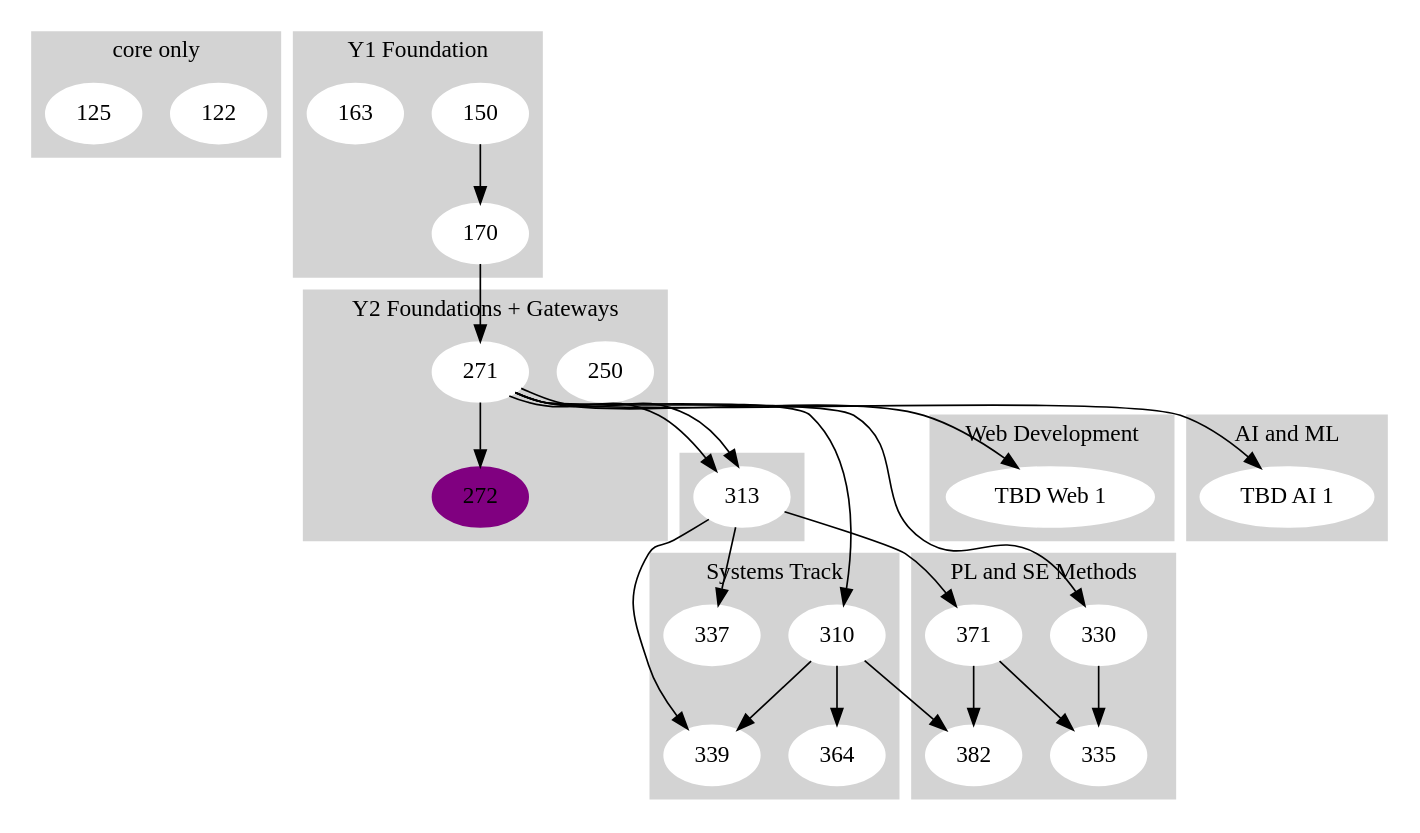
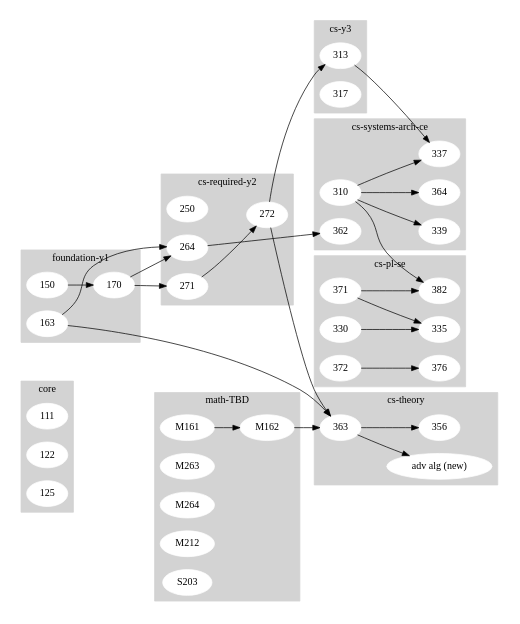
One commit to gkthiruvathukal/curriculum changed the diagram in curriculum.gv. Above: the diagram before and after it, drawn with Graphviz. The commit also changed 1 other file, not shown here.

```diff
--- a/curriculum.gv
+++ b/curriculum.gv
@@ -1,76 +1,107 @@
 digraph G {
 	compound=true
+rankdir=LR
+size="8,5"
 	subgraph cluster_core {
 		node [color=white style=filled]
 		style=filled
 		color=lightgrey
+		111
+		label=core
 		122
+		label=core
 		125
-		label="core only"
+		label=core
 	}
-	subgraph cluster_foundation_y1 {
+	subgraph "cluster_foundation-y1" {
 		node [color=white style=filled]
 		style=filled
 		color=lightgrey
 		150
+		label="foundation-y1"
+		150 -> 170
+		label="foundation-y1"
 		163
-		150 -> 170
-		label="Y1 Foundation"
+		label="foundation-y1"
 	}
-	subgraph cluster_year2 {
+	subgraph "cluster_math-TBD" {
+		node [color=white style=filled]
+		style=filled
+		color=lightgrey
+		M161
+		label="math-TBD"
+		M161 -> M162
+		label="math-TBD"
+		M263
+		label="math-TBD"
+		M264
+		label="math-TBD"
+		M212
+		label="math-TBD"
+		S203
+		label="math-TBD"
+	}
+	subgraph "cluster_cs-required-y2" {
 		node [color=white style=filled]
 		style=filled
 		color=lightgrey
 		250
-		271
-		272 [color=purple]
+		label="cs-required-y2"
+		170 -> 271
+		label="cs-required-y2"
 		271 -> 272
-		label="Y2 Foundations + Gateways"
+		label="cs-required-y2"
+		163 -> 264
+		170 -> 264
+		label="cs-required-y2"
 	}
-	subgraph cluster_y3 {
+	subgraph "cluster_cs-y3" {
 		node [color=white style=filled]
 		style=filled
 		color=lightgrey
-		313
+		272 -> 313
+		label="cs-y3"
+		317
+		label="cs-y3"
 	}
-	subgraph cluster_systems {
+	subgraph "cluster_cs-systems-arch-ce" {
 		node [color=white style=filled]
 		style=filled
 		color=lightgrey
-		271 -> 310
 		310 -> 339
+		label="cs-systems-arch-ce"
 		310 -> 364
-		313 -> 339
+		label="cs-systems-arch-ce"
+		310 -> 337
 		313 -> 337
-		label="Systems Track"
+		label="cs-systems-arch-ce"
+		264 -> 362
+		label="cs-systems-arch-ce"
 	}
-	subgraph cluster_plse {
+	subgraph "cluster_cs-pl-se" {
 		node [color=white style=filled]
 		style=filled
 		color=lightgrey
-		271 -> 313
-		271 -> 330
-		313 -> 371
 		330 -> 335
 		371 -> 335
+		label="cs-pl-se"
+		310 -> 382
 		371 -> 382
-		310 -> 382
-		label="PL and SE Methods"
+		label="cs-pl-se"
+		372 -> 376
+		label="cs-pl-se"
 	}
-	subgraph cluster_web {
+	subgraph "cluster_cs-theory" {
 		node [color=white style=filled]
 		style=filled
 		color=lightgrey
-		271 -> "TBD Web 1"
-		label="Web Development"
+		163 -> 363
+		272 -> 363
+		M162 -> 363
+		label="cs-theory"
+		363 -> "adv alg (new)"
+		label="cs-theory"
+		363 -> 356
+		label="cs-theory"
 	}
-	subgraph cluster_ai {
-		node [color=white style=filled]
-		style=filled
-		color=lightgrey
-		271 -> "TBD AI 1"
-		label="AI and ML"
-	}
-	170 -> 271
-	271 -> 313
 }
```
